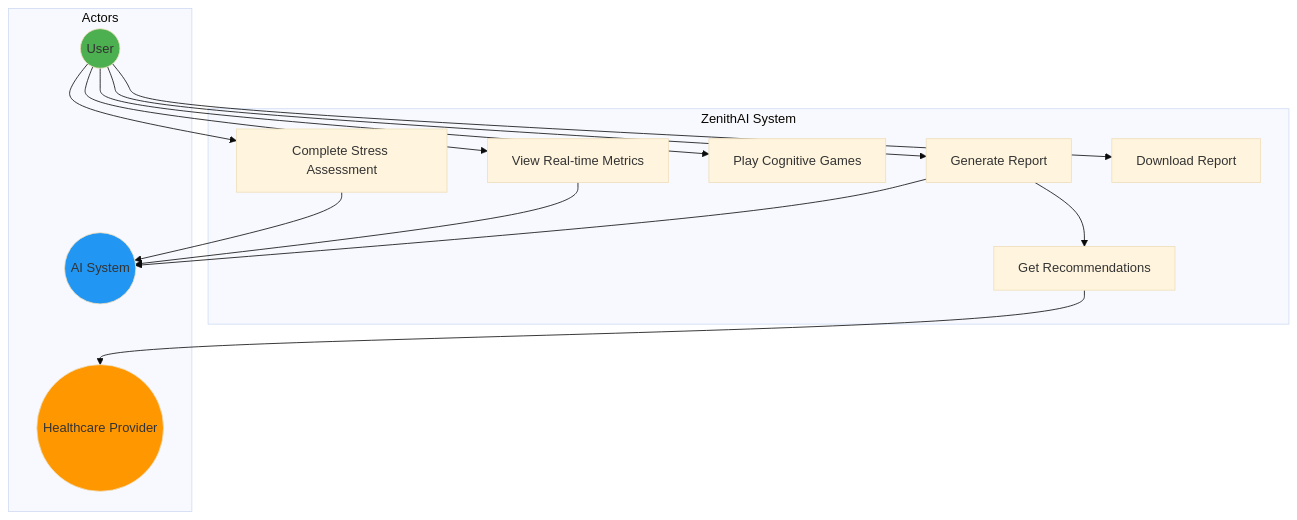
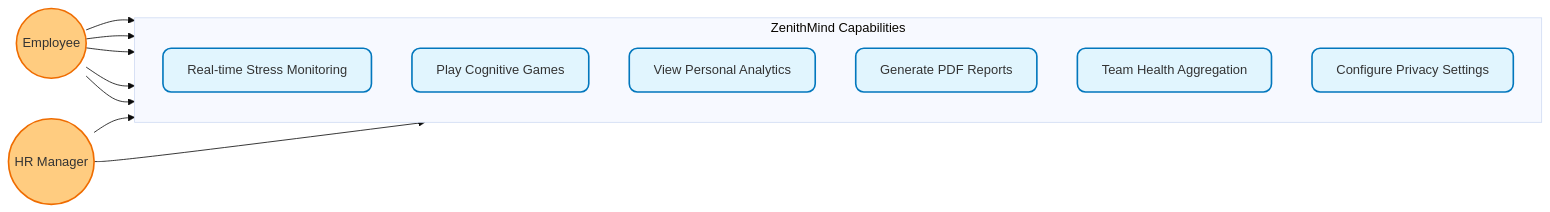
The ninth of 16 diagrams in README.md (rdxkeerthi/ZenithAI), drawn with Mermaid (base theme) before and after one commit. The commit also changed other lines of this file, not shown here.

````diff
--- a/README.md
+++ b/README.md
@@ -474,33 +363,27 @@
 ```mermaid
-graph TB
-    subgraph "ZenithAI System"
-        UC1[Complete Stress Assessment]
-        UC2[View Real-time Metrics]
-        UC3[Play Cognitive Games]
-        UC4[Generate Report]
-        UC5[Download Report]
-        UC6[Get Recommendations]
+graph LR
+    classDef actor fill:#ffcc80,stroke:#ef6c00,stroke-width:2px;
+    classDef usecase fill:#e1f5fe,stroke:#0277bd,stroke-width:2px,rx:10,ry:10;
+
+    Employee((Employee)):::actor
+    Manager((HR Manager)):::actor
+    
+    subgraph ZenithMind_Capabilities [ZenithMind Capabilities]
+        direction TB
+        UC1[Real-time Stress Monitoring]:::usecase
+        UC2[Play Cognitive Games]:::usecase
+        UC3[View Personal Analytics]:::usecase
+        UC4[Generate PDF Reports]:::usecase
+        UC5[Team Health Aggregation]:::usecase
+        UC6[Configure Privacy Settings]:::usecase
     end
     
-    subgraph "Actors"
-        User((User))
-        AI((AI System))
-        Doctor((Healthcare Provider))
-    end
+    Employee --> UC1
+    Employee --> UC2
+    Employee --> UC3
+    Employee --> UC4
+    Employee --> UC6
     
-    User --> UC1
-    User --> UC2
-    User --> UC3
-    User --> UC4
-    User --> UC5
-    
-    UC1 --> AI
-    UC2 --> AI
-    UC4 --> AI
-    UC4 --> UC6
-    UC6 --> Doctor
-    
-    style User fill:#4caf50
-    style AI fill:#2196f3
-    style Doctor fill:#ff9800
+    Manager --> UC5
+    Manager --> UC4
 ```
````
